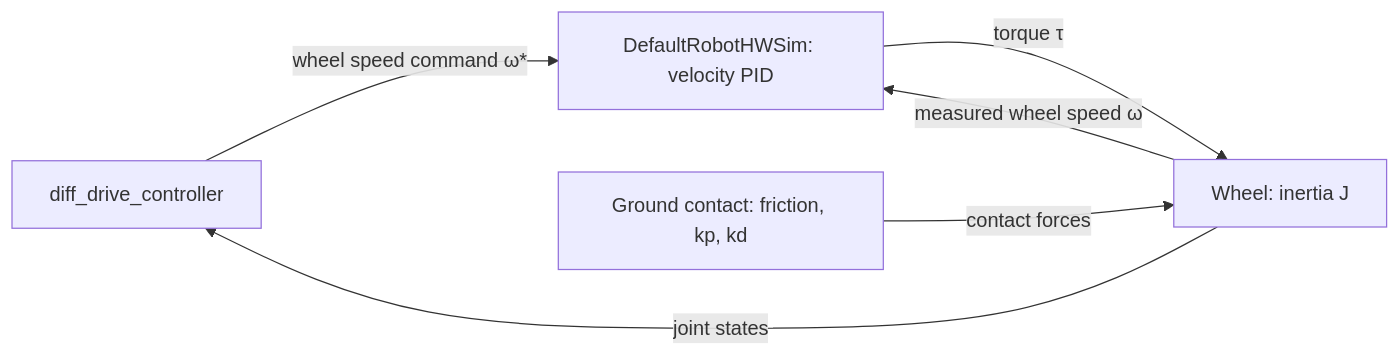
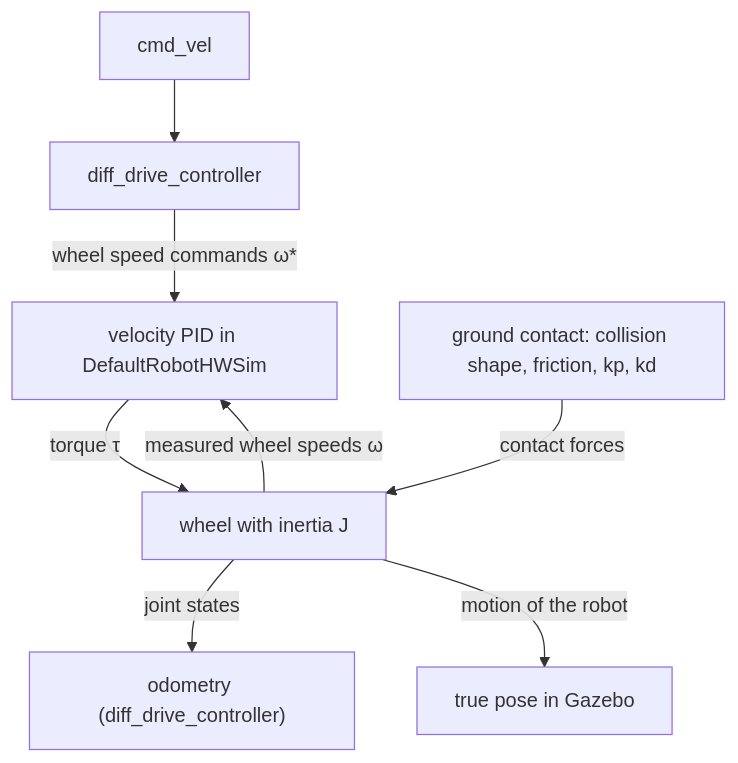
The diagram in docs/theory/modeling-control/wheel-dynamics-simulation.md (ros-mobile-robots/ros-mobile-robots.github.io), drawn with Mermaid before and after one commit. The commit also changed other lines of this file and 2 other files, not shown here.

First line of the commit message:
Wheel Dynamics in Simulation: general and didactic, without the before/after story

````diff
--- a/docs/theory/modeling-control/wheel-dynamics-simulation.md
+++ b/docs/theory/modeling-control/wheel-dynamics-simulation.md
@@ -135,8 +23,10 @@
 ``` mermaid
-graph LR
-  C[diff_drive_controller] -- "wheel speed command ω*" --> PID[DefaultRobotHWSim: velocity PID];
-  PID -- torque τ --> W[Wheel: inertia J];
-  G[Ground contact: friction, kp, kd] -- contact forces --> W;
-  W -- "measured wheel speed ω" --> PID;
-  W -- joint states --> C;
+graph TD
+  CMD[cmd_vel] --> C[diff_drive_controller];
+  C -- "wheel speed commands ω*" --> PID[velocity PID in DefaultRobotHWSim];
+  PID -- "torque τ" --> W[wheel with inertia J];
+  G[ground contact: collision shape, friction, kp, kd] -- "contact forces" --> W;
+  W -- "measured wheel speeds ω" --> PID;
+  W -- "joint states" --> ODOM["odometry (diff_drive_controller)"];
+  W -- "motion of the robot" --> TRUE[true pose in Gazebo];
 ```
````
